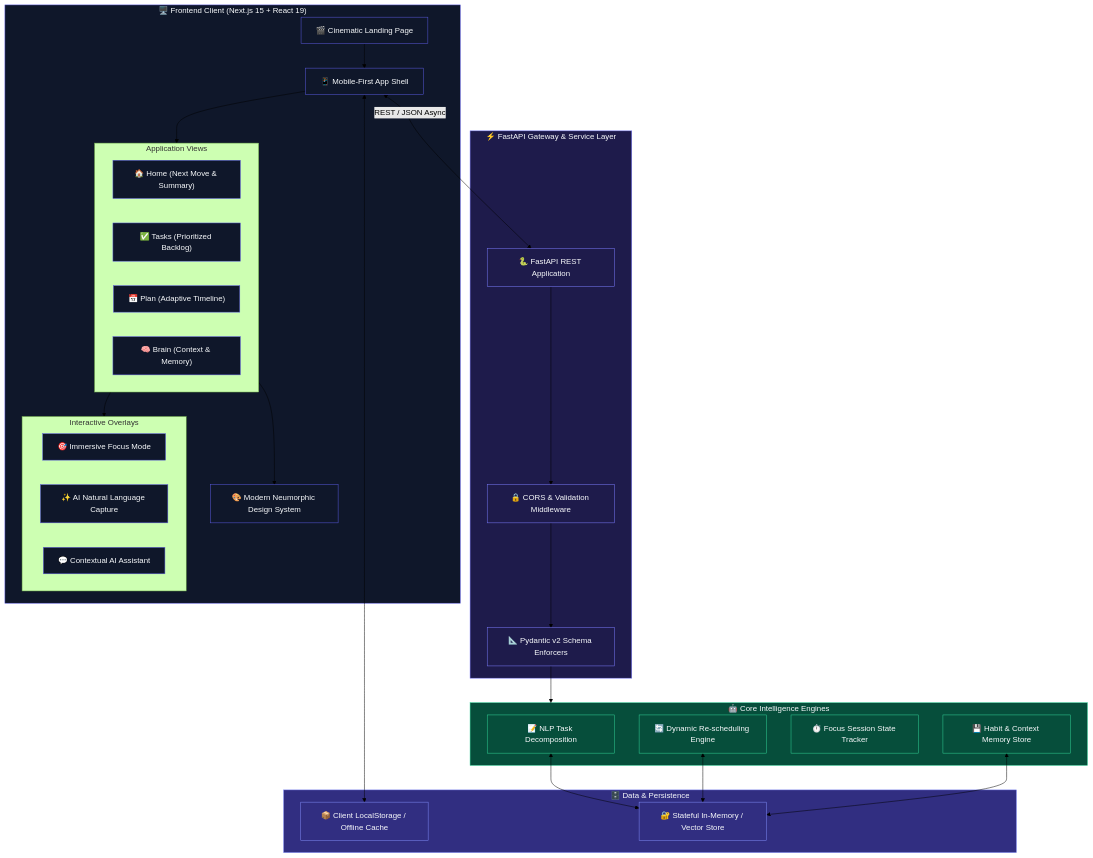
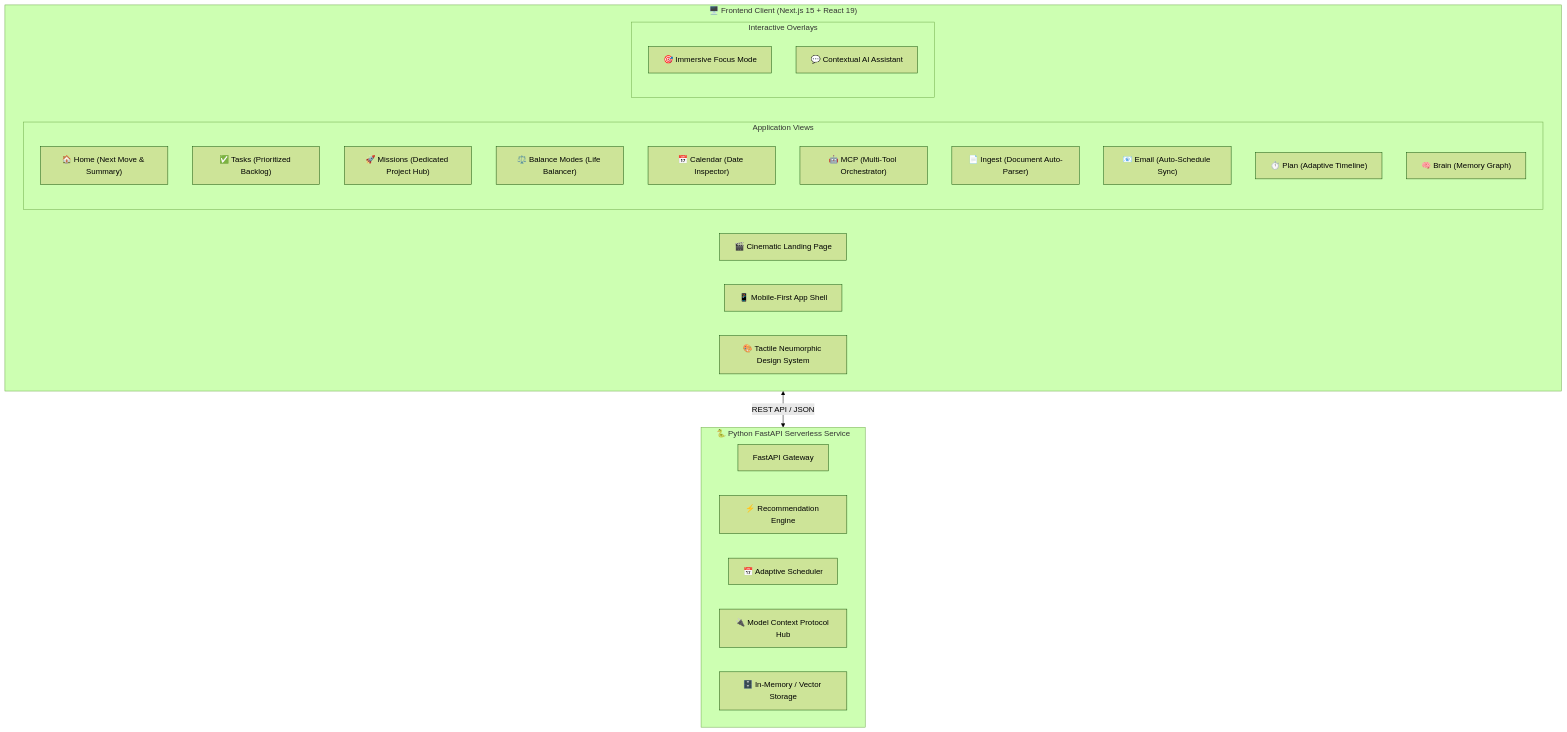
Before and after one commit to srinivas2s/flow: the second of 2 diagrams in README.md, drawn with Mermaid (forest theme). The commit also changed other lines of this file, not shown here.

Commit message:
docs(readme): add bold ASCII art FLOW header, full 10-module feature suite, and monorepo quickstart instructions

````diff
--- a/README.md
+++ b/README.md
@@ -120,65 +160,37 @@
 ```mermaid
 graph TB
     subgraph Client["🖥️ Frontend Client (Next.js 15 + React 19)"]
         Landing["🎬 Cinematic Landing Page"]
         AppShell["📱 Mobile-First App Shell"]
 
         subgraph AppScreens["Application Views"]
             HomeScreen["🏠 Home (Next Move & Summary)"]
             TaskScreen["✅ Tasks (Prioritized Backlog)"]
-            PlanScreen["📅 Plan (Adaptive Timeline)"]
-            BrainScreen["🧠 Brain (Context & Memory)"]
+            MissionScreen["🚀 Missions (Dedicated Project Hub)"]
+            BalanceScreen["⚖️ Balance Modes (Life Balancer)"]
+            CalendarScreen["📅 Calendar (Date Inspector)"]
+            MCPScreen["🤖 MCP (Multi-Tool Orchestrator)"]
+            DocsScreen["📄 Ingest (Document Auto-Parser)"]
+            EmailScreen["📧 Email (Auto-Schedule Sync)"]
+            PlanScreen["⏱️ Plan (Adaptive Timeline)"]
+            BrainScreen["🧠 Brain (Memory Graph)"]
         end
 
         subgraph Overlays["Interactive Overlays"]
             FocusOverlay["🎯 Immersive Focus Mode"]
-            CaptureModal["✨ AI Natural Language Capture"]
             AssistantDrawer["💬 Contextual AI Assistant"]
         end
 
-        DesignSys["🎨 Modern Neumorphic Design System"]
+        DesignSys["🎨 Tactile Neumorphic Design System"]
     end
 
-    subgraph Backend["⚡ FastAPI Gateway & Service Layer"]
-        FastAPIApp["🐍 FastAPI REST Application"]
-        CORS["🔒 CORS & Validation Middleware"]
-        PydanticSchemas["📐 Pydantic v2 Schema Enforcers"]
+    subgraph Backend["🐍 Python FastAPI Serverless Service"]
+        FastAPIServer["FastAPI Gateway"]
+        Recommender["⚡ Recommendation Engine"]
+        Planner["📅 Adaptive Scheduler"]
+        MCPGateway["🔌 Model Context Protocol Hub"]
+        DataStore["🗄️ In-Memory / Vector Storage"]
     end
 
-    subgraph Engines["🤖 Core Intelligence Engines"]
-        DecompEngine["📝 NLP Task Decomposition"]
-        AdaptiveEngine["🔄 Dynamic Re-scheduling Engine"]
-        FocusEngine["⏱️ Focus Session State Tracker"]
-        MemoryEngine["💾 Habit & Context Memory Store"]
-    end
-
-    subgraph Data["🗄️ Data & Persistence"]
-        LocalCache["📦 Client LocalStorage / Offline Cache"]
-        BackendStore["🔐 Stateful In-Memory / Vector Store"]
-    end
-
-    Landing    --> AppShell
-    AppShell   --> AppScreens
-    AppScreens --> Overlays
-    AppScreens --> DesignSys
-
-    AppShell          <-->|"REST / JSON Async"| FastAPIApp
-    FastAPIApp        --> CORS
-    CORS              --> PydanticSchemas
-    PydanticSchemas   --> Engines
-
-    DecompEngine   <--> BackendStore
-    AdaptiveEngine <--> BackendStore
-    MemoryEngine   <--> BackendStore
-    AppShell       <--> LocalCache
-
-    classDef clientStyle  fill:#0F172A,stroke:#5B5CE2,color:#F8FAFC
-    classDef serverStyle  fill:#1E1B4B,stroke:#7C7DFF,color:#F8FAFC
-    classDef engineStyle  fill:#064E3B,stroke:#34D399,color:#F8FAFC
-    classDef storeStyle   fill:#312E81,stroke:#818CF8,color:#F8FAFC
-
-    class Client,Landing,AppShell,HomeScreen,TaskScreen,PlanScreen,BrainScreen,FocusOverlay,CaptureModal,AssistantDrawer,DesignSys clientStyle
-    class Backend,FastAPIApp,CORS,PydanticSchemas serverStyle
-    class Engines,DecompEngine,AdaptiveEngine,FocusEngine,MemoryEngine engineStyle
-    class Data,LocalCache,BackendStore storeStyle
+    Client <-->|REST API / JSON| Backend
 ```
````
